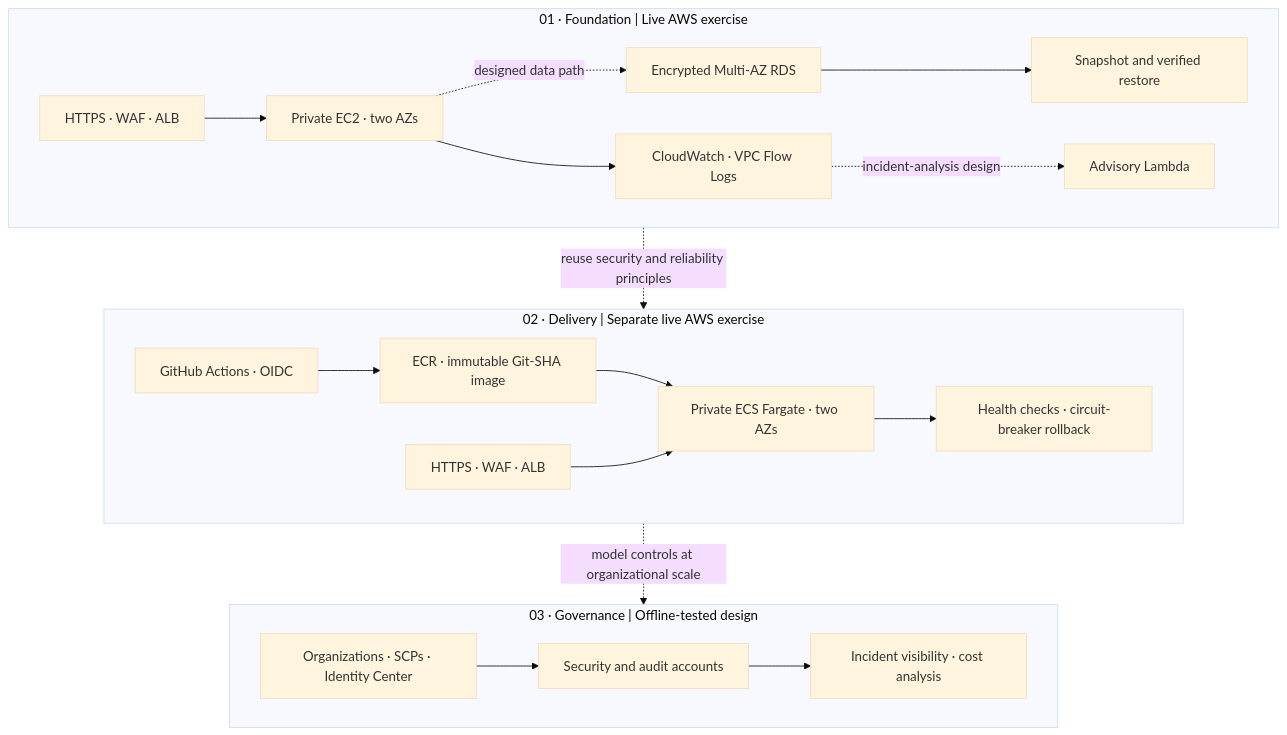
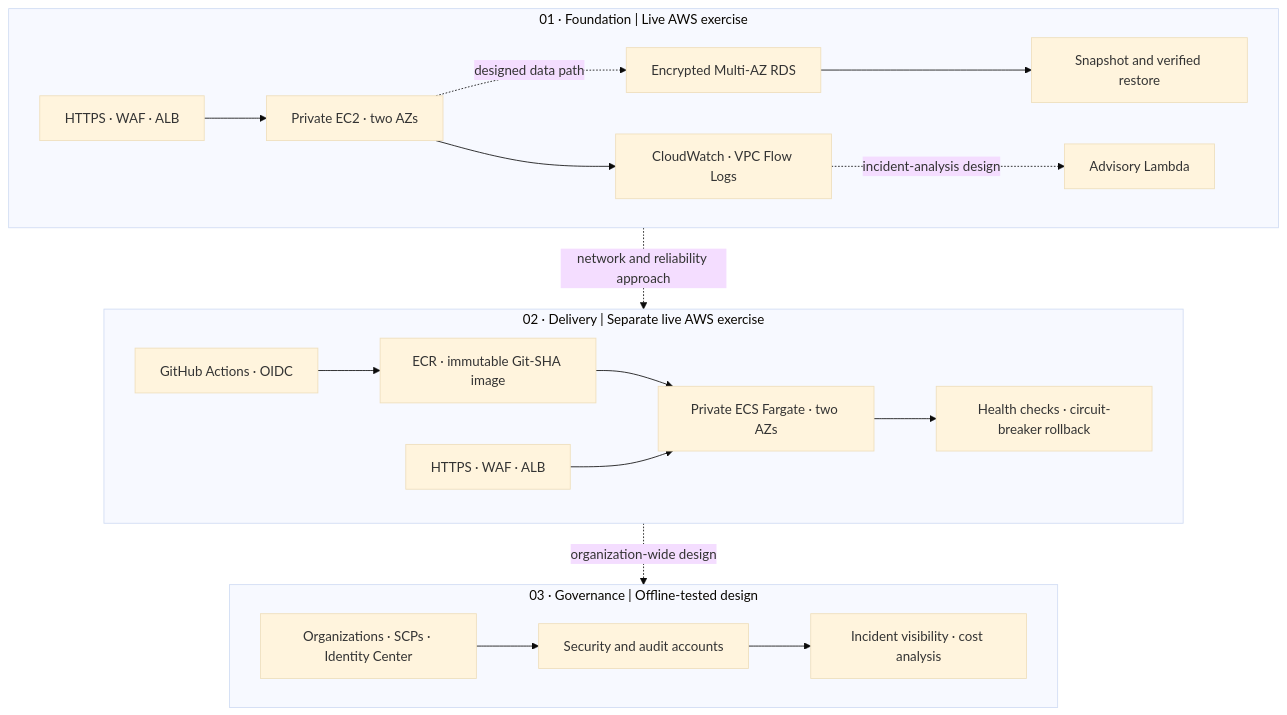
Before and after one commit to JNHolman/RSVP-Cloud-Platform: the diagram in README.md, drawn with Mermaid (base theme). The commit also changed other lines of this file and 3 other files, not shown here.

````diff
--- a/README.md
+++ b/README.md
@@ -29,22 +33,22 @@
 ```mermaid
 flowchart TB
   subgraph F["01 · Foundation | Live AWS exercise"]
     F1["HTTPS · WAF · ALB"] --> F2["Private EC2 · two AZs"]
     F2 -. "designed data path" .-> F3["Encrypted Multi-AZ RDS"]
     F3 --> F4["Snapshot and verified restore"]
     F2 --> F5["CloudWatch · VPC Flow Logs"]
     F5 -. "incident-analysis design" .-> F6["Advisory Lambda"]
   end
   subgraph D["02 · Delivery | Separate live AWS exercise"]
     D1["GitHub Actions · OIDC"] --> D2["ECR · immutable Git-SHA image"]
     D2 --> D3["Private ECS Fargate · two AZs"]
     D4["HTTPS · WAF · ALB"] --> D3
     D3 --> D5["Health checks · circuit-breaker rollback"]
   end
   subgraph G["03 · Governance | Offline-tested design"]
     G1["Organizations · SCPs · Identity Center"] --> G2["Security and audit accounts"]
     G2 --> G3["Incident visibility · cost analysis"]
   end
-  F -. "reuse security and reliability principles" .-> D
-  D -. "model controls at organizational scale" .-> G
+  F -. "network and reliability approach" .-> D
+  D -. "organization-wide design" .-> G
 ```
````
